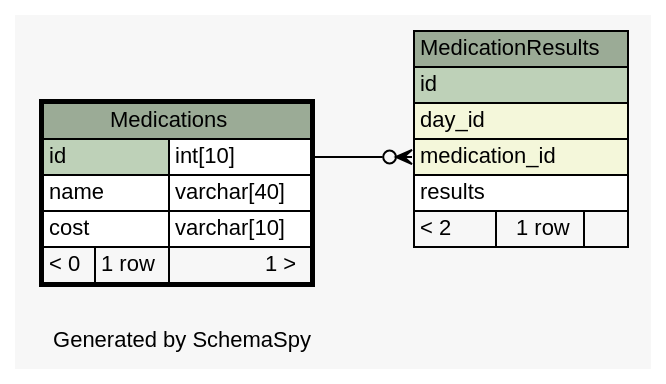
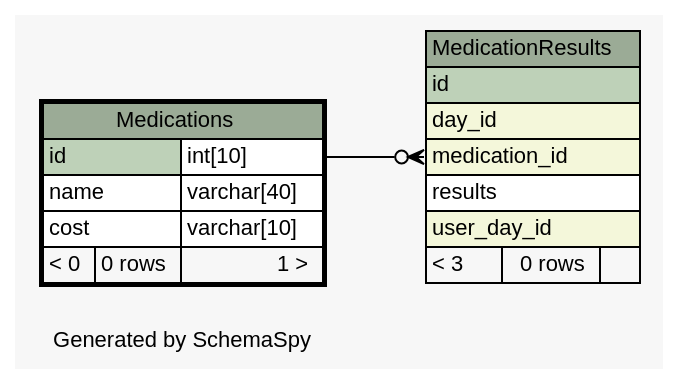
The diagram in web/files/schema/diagrams/Medications.1degree.dot (carrel2/CaseStudies), drawn with Graphviz before and after one commit. The commit also changed 88 other files, not shown here.

```diff
--- a/web/files/schema/diagrams/Medications.1degree.dot
+++ b/web/files/schema/diagrams/Medications.1degree.dot
@@ -1,48 +1,49 @@
-// dot 2.38.0 on Linux 4.4.0-62-generic
+// dot 2.38.0 on Linux 4.4.0-64-generic
 // SchemaSpy rev 590
 digraph "oneDegreeRelationshipsDiagram" {
   graph [
     rankdir="RL"
     bgcolor="#f7f7f7"
     label="\nGenerated by SchemaSpy"
     labeljust="l"
     nodesep="0.18"
     ranksep="0.46"
     fontname="Helvetica"
     fontsize="11"
   ];
   node [
     fontname="Helvetica"
     fontsize="11"
     shape="plaintext"
   ];
   edge [
     arrowsize="0.8"
   ];
   "MedicationResults":"medication_id":w -> "Medications":"id.type":e [arrowhead=none dir=back arrowtail=crowodot];
   "MedicationResults" [
     label=<
     <TABLE BORDER="0" CELLBORDER="1" CELLSPACING="0" BGCOLOR="#ffffff">
       <TR><TD COLSPAN="3" BGCOLOR="#9bab96" ALIGN="CENTER">MedicationResults</TD></TR>
       <TR><TD PORT="id" COLSPAN="3" BGCOLOR="#bed1b8" ALIGN="LEFT">id</TD></TR>
       <TR><TD PORT="day_id" COLSPAN="3" BGCOLOR="#f4f7da" ALIGN="LEFT">day_id</TD></TR>
       <TR><TD PORT="medication_id" COLSPAN="3" BGCOLOR="#f4f7da" ALIGN="LEFT">medication_id</TD></TR>
       <TR><TD PORT="results" COLSPAN="3" ALIGN="LEFT">results</TD></TR>
-      <TR><TD ALIGN="LEFT" BGCOLOR="#f7f7f7">&lt; 2</TD><TD ALIGN="RIGHT" BGCOLOR="#f7f7f7">1 row</TD><TD ALIGN="RIGHT" BGCOLOR="#f7f7f7">  </TD></TR>
+      <TR><TD PORT="user_day_id" COLSPAN="3" BGCOLOR="#f4f7da" ALIGN="LEFT">user_day_id</TD></TR>
+      <TR><TD ALIGN="LEFT" BGCOLOR="#f7f7f7">&lt; 3</TD><TD ALIGN="RIGHT" BGCOLOR="#f7f7f7">0 rows</TD><TD ALIGN="RIGHT" BGCOLOR="#f7f7f7">  </TD></TR>
     </TABLE>>
     URL="MedicationResults.html"
     tooltip="MedicationResults"
   ];
   "Medications" [
     label=<
     <TABLE BORDER="2" CELLBORDER="1" CELLSPACING="0" BGCOLOR="#ffffff">
       <TR><TD COLSPAN="3" BGCOLOR="#9bab96" ALIGN="CENTER">Medications</TD></TR>
       <TR><TD PORT="id" COLSPAN="2" BGCOLOR="#bed1b8" ALIGN="LEFT">id</TD><TD PORT="id.type" ALIGN="LEFT">int[10]</TD></TR>
       <TR><TD PORT="name" COLSPAN="2" ALIGN="LEFT">name</TD><TD PORT="name.type" ALIGN="LEFT">varchar[40]</TD></TR>
       <TR><TD PORT="cost" COLSPAN="2" ALIGN="LEFT">cost</TD><TD PORT="cost.type" ALIGN="LEFT">varchar[10]</TD></TR>
-      <TR><TD ALIGN="LEFT" BGCOLOR="#f7f7f7">&lt; 0</TD><TD ALIGN="RIGHT" BGCOLOR="#f7f7f7">1 row</TD><TD ALIGN="RIGHT" BGCOLOR="#f7f7f7">1 &gt;</TD></TR>
+      <TR><TD ALIGN="LEFT" BGCOLOR="#f7f7f7">&lt; 0</TD><TD ALIGN="RIGHT" BGCOLOR="#f7f7f7">0 rows</TD><TD ALIGN="RIGHT" BGCOLOR="#f7f7f7">1 &gt;</TD></TR>
     </TABLE>>
     URL="Medications.html"
     tooltip="Medications"
   ];
 }
```
